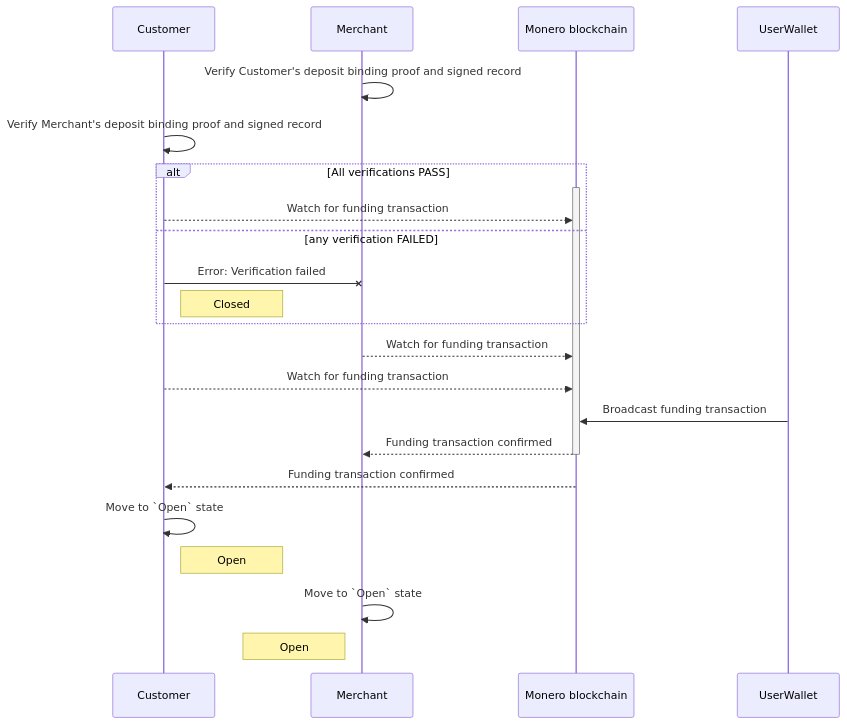
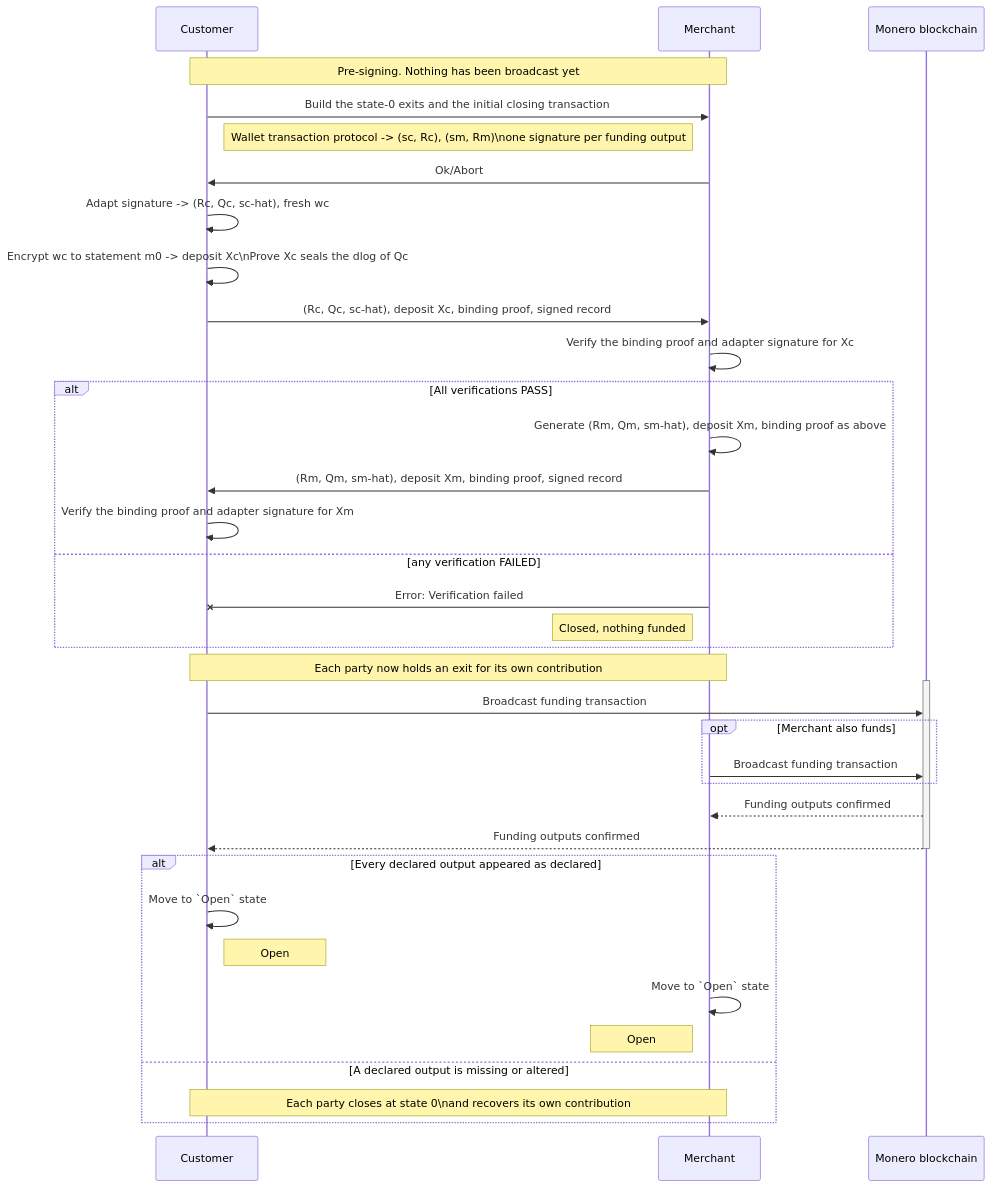
Before and after one commit to grease-xmr/grease: the diagram in docs/diagrams/establish_channel_sequence_b.md, drawn with Mermaid. The commit also changed 44 other files, not shown here.

````diff
--- a/docs/diagrams/establish_channel_sequence_b.md
+++ b/docs/diagrams/establish_channel_sequence_b.md
@@ -1,30 +1,46 @@
 ```mermaid
 sequenceDiagram
     participant C as Customer
     participant M as Merchant
     participant L1 as Monero blockchain
 
-    M->>M: Verify Customer's deposit binding proof and signed record
-    C->>C: Verify Merchant's deposit binding proof and signed record
+    note over C,M: Pre-signing. Nothing has been broadcast yet
+
+    C->>M: Build the state-0 exits and the initial closing transaction
+    note right of C: Wallet transaction protocol -> (sc, Rc), (sm, Rm)\none signature per funding output
+    M->>C: Ok/Abort
+
+    C->>C: Adapt signature -> (Rc, Qc, sc-hat), fresh wc
+    C->>C: Encrypt wc to statement m0 -> deposit Xc\nProve Xc seals the dlog of Qc
+    C->>M: (Rc, Qc, sc-hat), deposit Xc, binding proof, signed record
+    M->>M: Verify the binding proof and adapter signature for Xc
 
     alt All verifications PASS
-        activate L1
-        C-->>L1: Watch for funding transaction
+        M->>M: Generate (Rm, Qm, sm-hat), deposit Xm, binding proof as above
+        M->>C: (Rm, Qm, sm-hat), deposit Xm, binding proof, signed record
+        C->>C: Verify the binding proof and adapter signature for Xm
     else any verification FAILED
-        C-xM: Error: Verification failed
-        note right of C: Closed
+        M-xC: Error: Verification failed
+        note left of M: Closed, nothing funded
     end
 
-    M-->>L1: Watch for funding transaction
-    C-->>L1: Watch for funding transaction
+    note over C,M: Each party now holds an exit for its own contribution
 
+    activate L1
+    C->>L1: Broadcast funding transaction
+    opt Merchant also funds
+        M->>L1: Broadcast funding transaction
+    end
+    L1-->>M: Funding outputs confirmed
+    L1-->>C: Funding outputs confirmed
+    deactivate L1
 
-    UserWallet->>L1: Broadcast funding transaction
-    L1-->>M: Funding transaction confirmed
-    deactivate L1
-    L1-->>C: Funding transaction confirmed
-    C->>C: Move to `Open` state
-    note right of C: Open
-    M->>M: Move to `Open` state
-    note left of M: Open
+    alt Every declared output appeared as declared
+        C->>C: Move to `Open` state
+        note right of C: Open
+        M->>M: Move to `Open` state
+        note left of M: Open
+    else A declared output is missing or altered
+        note over C,M: Each party closes at state 0\nand recovers its own contribution
+    end
 ```
````
